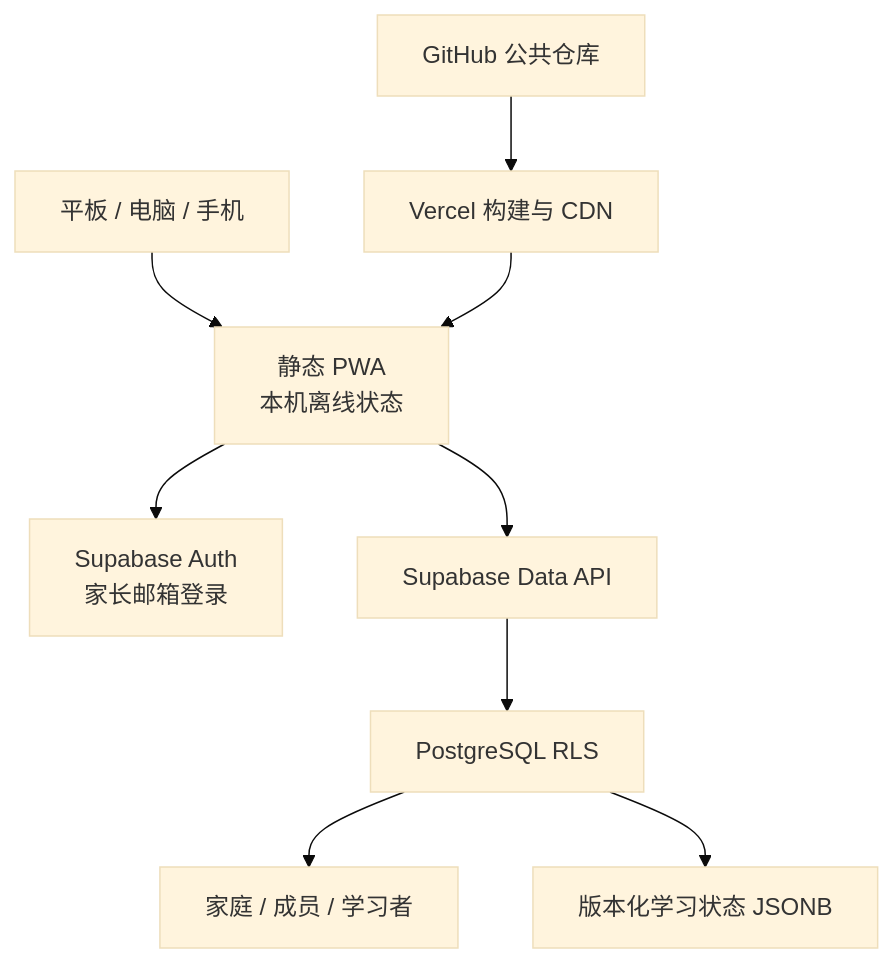
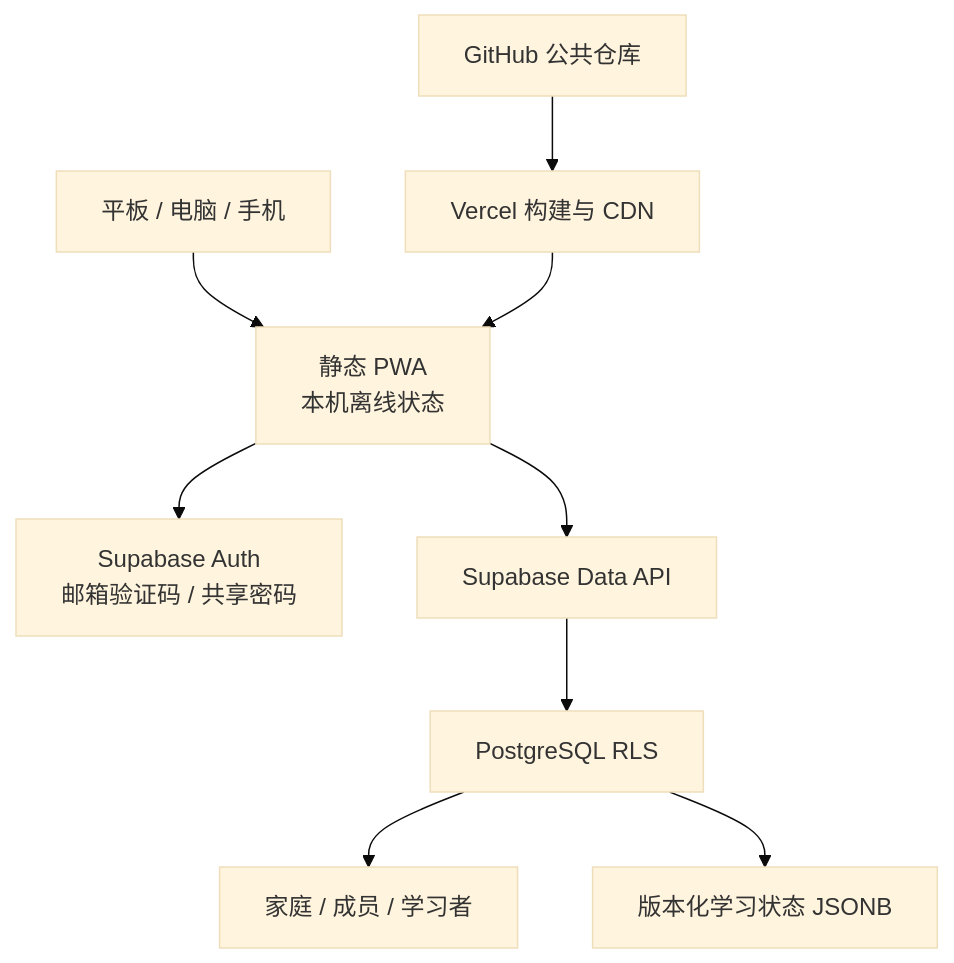
The first of 2 diagrams in docs/architecture.md (WardLu/shadow-mate), drawn with Mermaid (base theme) before and after one commit. The commit also changed other lines of this file and 24 other files, not shown here.

````diff
--- a/docs/architecture.md
+++ b/docs/architecture.md
@@ -59,11 +59,11 @@
 ```mermaid
 flowchart TB
   device["平板 / 电脑 / 手机"] --> pwa["静态 PWA<br/>本机离线状态"]
-  pwa --> auth["Supabase Auth<br/>家长邮箱登录"]
+  pwa --> auth["Supabase Auth<br/>邮箱验证码 / 共享密码"]
   pwa --> api["Supabase Data API"]
   api --> rls["PostgreSQL RLS"]
   rls --> family["家庭 / 成员 / 学习者"]
   rls --> state["版本化学习状态 JSONB"]
   github["GitHub 公共仓库"] --> vercel["Vercel 构建与 CDN"]
   vercel --> pwa
 ```
````
